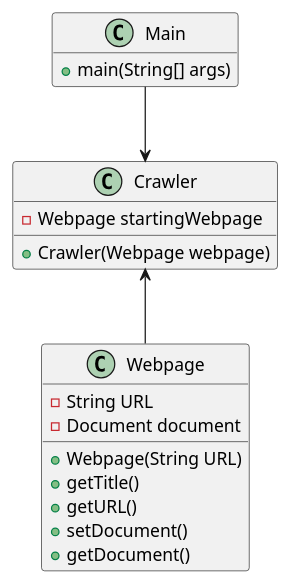
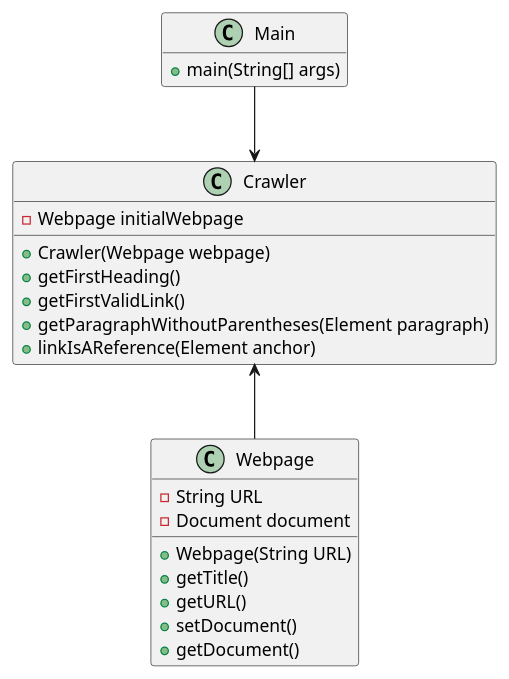
Before and after one commit to RyanTurner02/wikipedia-philosophy: the diagram in uml/wikipedia-philosophy.puml, drawn with PlantUML.

Commit message:
Update UML diagram

```diff
--- a/uml/wikipedia-philosophy.puml
+++ b/uml/wikipedia-philosophy.puml
@@ -1,29 +1,33 @@
 @startuml
 
 class Main {
     + main(String[] args)
 }
 
 class Crawler {
-    - Webpage startingWebpage
+    - Webpage initialWebpage
 
     + Crawler(Webpage webpage)
+    + getFirstHeading()
+    + getFirstValidLink()
+    + getParagraphWithoutParentheses(Element paragraph)
+    + linkIsAReference(Element anchor)
 }
 
 class Webpage {
     - String URL
     - Document document
 
     + Webpage(String URL)
     + getTitle()
     + getURL()
     + setDocument()
     + getDocument()
 }
 
 Main --> Crawler
 Crawler <-- Webpage
 
 hide Main fields
 
 @enduml
```
